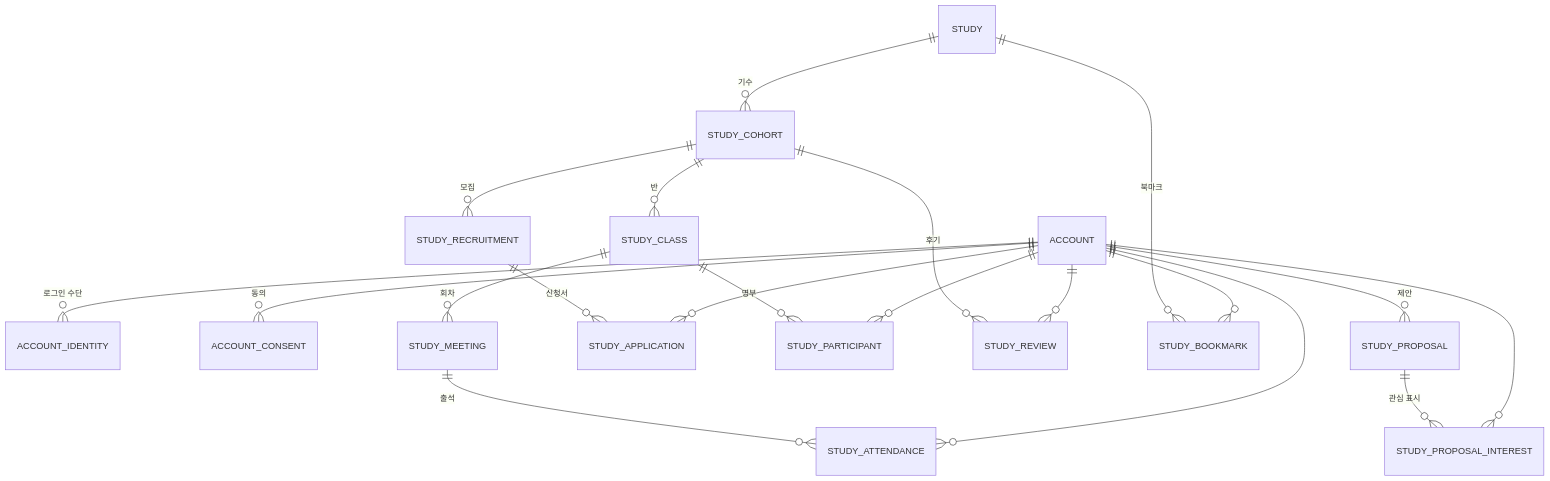
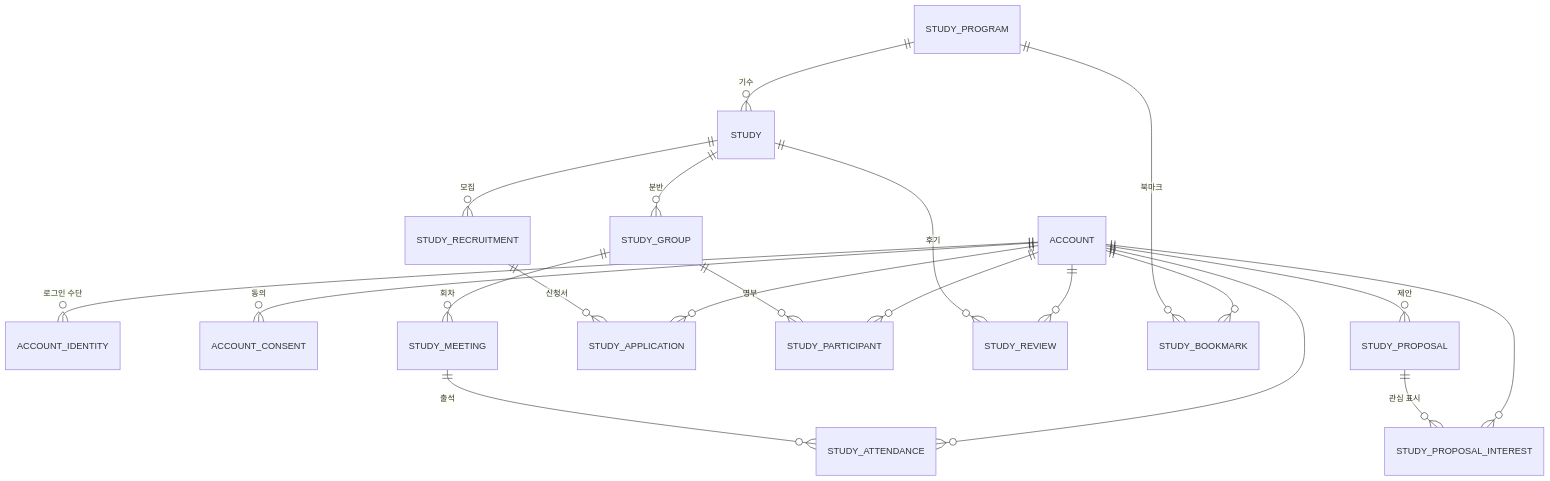
One commit to StudyClub-PlusPlus/studyclub-engineering changed the first of 2 diagrams in docs/erd/README.md. Above: the diagram before and after it, drawn with Mermaid. The commit also changed other lines of this file and 35 other files, not shown here.

````diff
--- a/docs/erd/README.md
+++ b/docs/erd/README.md
@@ -42,22 +46,22 @@
 ```mermaid
 erDiagram
   ACCOUNT ||--o{ ACCOUNT_IDENTITY : "로그인 수단"
   ACCOUNT ||--o{ ACCOUNT_CONSENT : "동의"
-  STUDY ||--o{ STUDY_COHORT : "기수"
-  STUDY_COHORT ||--o{ STUDY_CLASS : "반"
-  STUDY_CLASS ||--o{ STUDY_MEETING : "회차"
+  STUDY_PROGRAM ||--o{ STUDY : "기수"
+  STUDY ||--o{ STUDY_GROUP : "분반"
+  STUDY_GROUP ||--o{ STUDY_MEETING : "회차"
   STUDY_MEETING ||--o{ STUDY_ATTENDANCE : "출석"
   ACCOUNT ||--o{ STUDY_ATTENDANCE : ""
-  STUDY_COHORT ||--o{ STUDY_RECRUITMENT : "모집"
+  STUDY ||--o{ STUDY_RECRUITMENT : "모집"
   STUDY_RECRUITMENT ||--o{ STUDY_APPLICATION : "신청서"
   ACCOUNT ||--o{ STUDY_APPLICATION : ""
-  STUDY_CLASS ||--o{ STUDY_PARTICIPANT : "명부"
+  STUDY_GROUP ||--o{ STUDY_PARTICIPANT : "명부"
   ACCOUNT ||--o{ STUDY_PARTICIPANT : ""
-  STUDY_COHORT ||--o{ STUDY_REVIEW : "후기"
+  STUDY ||--o{ STUDY_REVIEW : "후기"
   ACCOUNT ||--o{ STUDY_REVIEW : ""
-  STUDY ||--o{ STUDY_BOOKMARK : "북마크"
+  STUDY_PROGRAM ||--o{ STUDY_BOOKMARK : "북마크"
   ACCOUNT ||--o{ STUDY_BOOKMARK : ""
   ACCOUNT ||--o{ STUDY_PROPOSAL : "제안"
   STUDY_PROPOSAL ||--o{ STUDY_PROPOSAL_INTEREST : "관심 표시"
   ACCOUNT ||--o{ STUDY_PROPOSAL_INTEREST : ""
 ```
````
